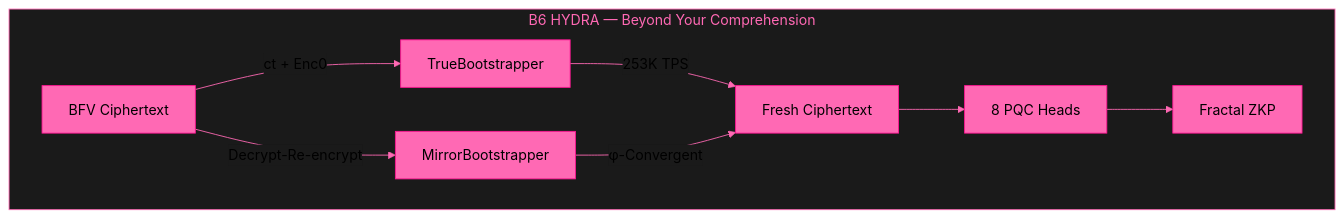
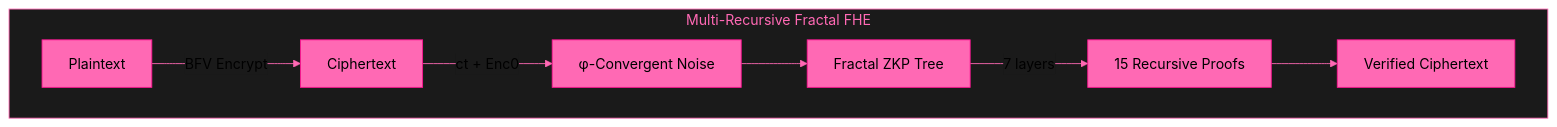
The diagram in README.md (primordialomegazero/BeyondYourComprehensionFHE), drawn with Mermaid before and after one commit. The commit also changed other lines of this file, not shown here.

Commit message:
Update README: Multi-Recursive Fractal FHE v6.0

````diff
--- a/README.md
+++ b/README.md
@@ -22,19 +20,18 @@
 ```mermaid
 %%{init: {'theme': 'base', 'themeVariables': { 'primaryColor': '#ff69b4', 'primaryTextColor': '#000000', 'primaryBorderColor': '#ff1493', 'lineColor': '#ff69b4', 'tertiaryColor': '#1a1a1a', 'background': '#1a1a1a', 'mainBkg': '#1a1a1a', 'nodeBorder': '#ff69b4', 'clusterBkg': '#1a1a1a', 'clusterBorder': '#ff69b4', 'titleColor': '#ff69b4', 'edgeLabelBackground': '#1a1a1a', 'nodeTextColor': '#000000'}}}%%
 graph TB
-    subgraph "B6 HYDRA — Beyond Your Comprehension"
-        A[BFV Ciphertext] -->|ct + Enc0| B[TrueBootstrapper]
-        B -->|253K TPS| C[Fresh Ciphertext]
-        A -->|Decrypt-Re-encrypt| D[MirrorBootstrapper]
-        D -->|φ-Convergent| C
-        C --> E[8 PQC Heads]
-        E --> F[Fractal ZKP]
+    subgraph "Multi-Recursive Fractal FHE"
+        A[Plaintext] -->|BFV Encrypt| B[Ciphertext]
+        B -->|ct + Enc0| C[φ-Convergent Noise]
+        C --> D[Fractal ZKP Tree]
+        D -->|7 layers| E[15 Recursive Proofs]
+        E --> F[Verified Ciphertext]
     end
     
     style A fill:#ff69b4,stroke:#ff1493,color:#000000
     style B fill:#ff69b4,stroke:#ff1493,color:#000000
     style C fill:#ff69b4,stroke:#ff1493,color:#000000
     style D fill:#ff69b4,stroke:#ff1493,color:#000000
     style E fill:#ff69b4,stroke:#ff1493,color:#000000
     style F fill:#ff69b4,stroke:#ff1493,color:#000000
 ```
````
